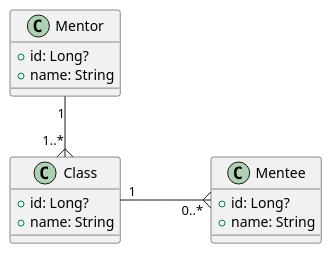
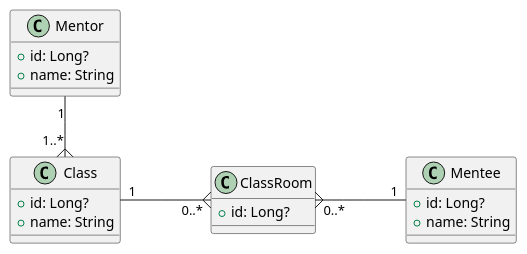
The diagram in puml/entity-relation.puml (doubleu0714/kopring-basic), drawn with PlantUML before and after one commit. The commit also changed 3 other files, not shown here.

```diff
--- a/puml/entity-relation.puml
+++ b/puml/entity-relation.puml
@@ -1,17 +1,21 @@
 @startuml
 class "Class" as c {
   +id: Long?
   +name: String
+}
+class "ClassRoom" as cr {
+  +id: Long?
 }
 class "Mentor" as mr {
   +id: Long?
   +name: String
 }
 class "Mentee" as mt {
   +id: Long?
   +name: String
 }
 
 mr "1" --{ "1..*" c
-c "1" -right-{ "0..*" mt : "\t\t"
+c "1" -right-{ "0..*" cr : "\t\t"
+mt "1" -left-{ "0..*" cr : "\t\t"
 @enduml
```
